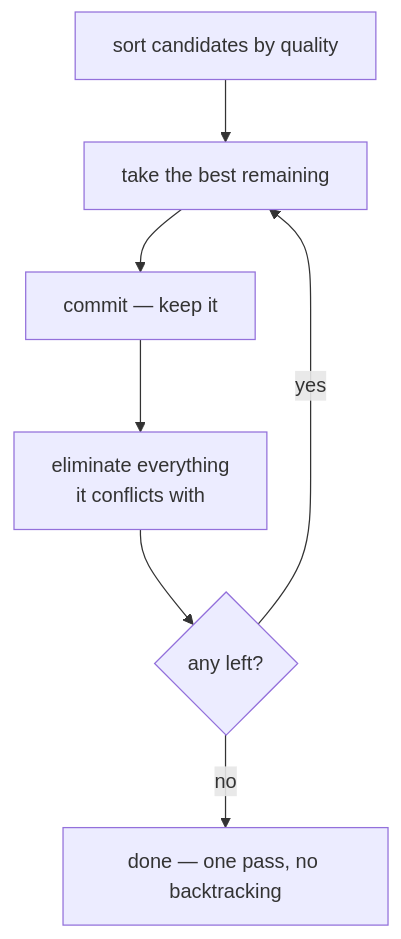
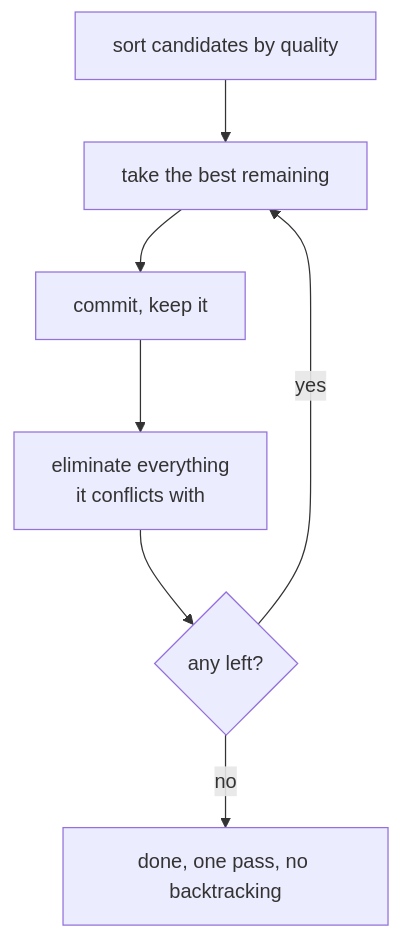
One commit to jennarbates/StratigraphyGenerator changed the diagram in docs/cs/greedy-algorithms.md. Above: the diagram before and after it, drawn with Mermaid. The commit also changed other lines of this file and 309 other files, not shown here.

````diff
--- a/docs/cs/greedy-algorithms.md
+++ b/docs/cs/greedy-algorithms.md
@@ -42,9 +42,9 @@
 ```mermaid
 flowchart TB
   S["sort candidates by quality"] --> P["take the best remaining"]
-  P --> K["commit — keep it"]
+  P --> K["commit, keep it"]
   K --> X["eliminate everything<br/>it conflicts with"]
   X --> Q{"any left?"}
   Q -->|yes| P
-  Q -->|no| Done["done — one pass, no backtracking"]
+  Q -->|no| Done["done, one pass, no backtracking"]
 ```
````
